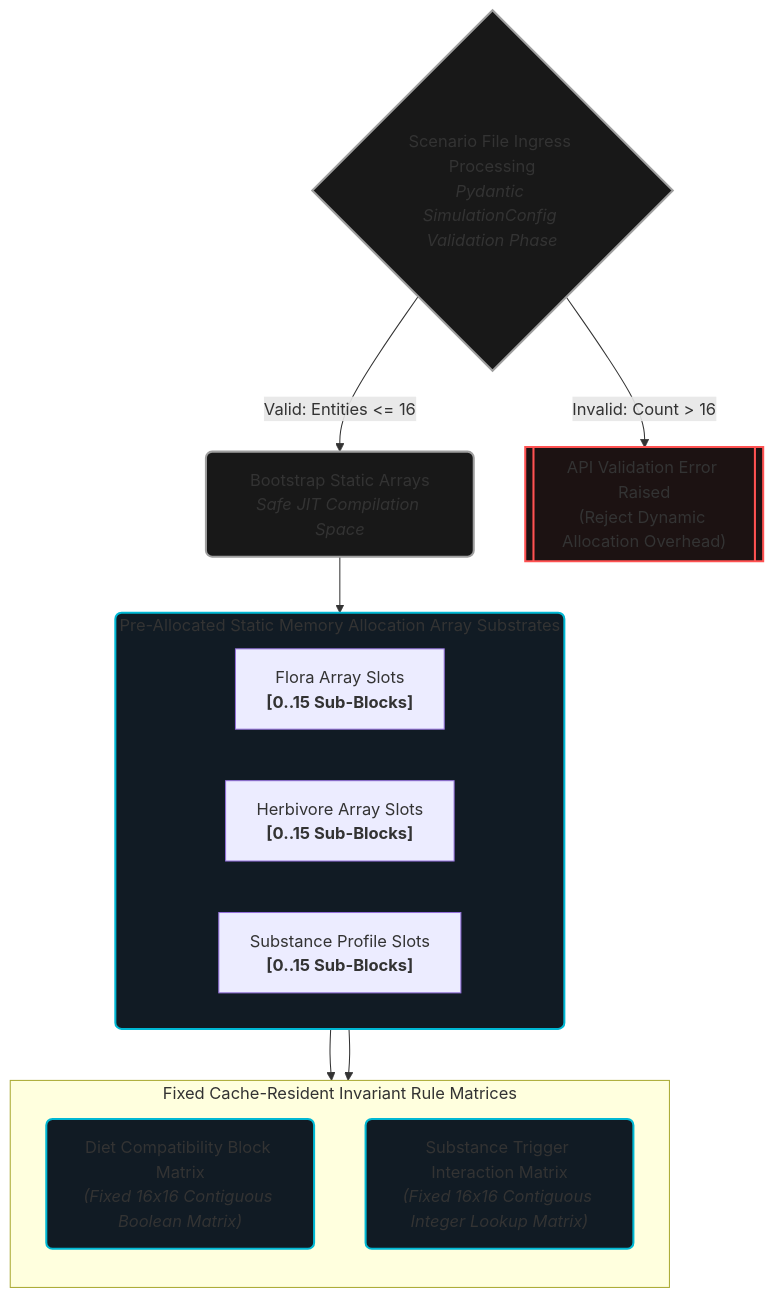
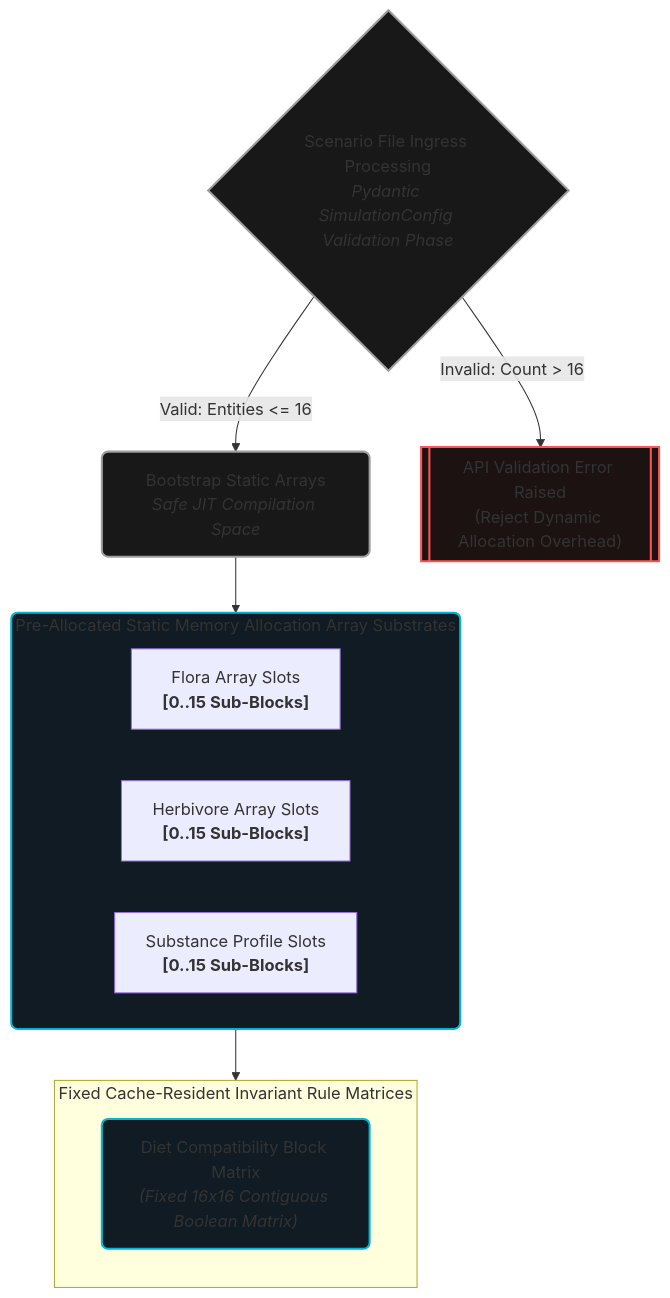
The first of 2 diagrams in docs/scenario_guide/scenario_authoring.md (foersben/PHIDS), drawn with Mermaid before and after one commit. The commit also changed other lines of this file and 1 other file, not shown here.

Commit message:
Update scenario authoring guide to reflect per-species trigger condition schemas

````diff
--- a/docs/scenario_guide/scenario_authoring.md
+++ b/docs/scenario_guide/scenario_authoring.md
@@ -27,35 +27,34 @@
 ```mermaid
 flowchart TD
     %% Title Matrix Header
     subgraph Configuration_Limit ["Pre-Allocated Static Memory Allocation Array Substrates"]
         direction LR
         F_Array["Flora Array Slots<br><b>[0..15 Sub-Blocks]</b>"]
         H_Array["Herbivore Array Slots<br><b>[0..15 Sub-Blocks]</b>"]
         S_Array["Substance Profile Slots<br><b>[0..15 Sub-Blocks]</b>"]
     end
 
     %% Core Matrices Mapping
     subgraph PreAllocated_Matrices ["Fixed Cache-Resident Invariant Rule Matrices"]
         direction TB
         Diet_Matrix["Diet Compatibility Block Matrix<br><i>(Fixed 16x16 Contiguous Boolean Matrix)</i>"]
-        Trigger_Matrix["Substance Trigger Interaction Matrix<br><i>(Fixed 16x16 Contiguous Integer Lookup Matrix)</i>"]
     end
 
     %% Structural Boundaries Check
     Ingress_Payload{"Scenario File Ingress Processing<br><i>Pydantic SimulationConfig Validation Phase</i>"}
     Ingress_Payload -->|Valid: Entities <= 16| Boot["Bootstrap Static Arrays<br><i>Safe JIT Compilation Space</i>"]
     Ingress_Payload -->|Invalid: Count > 16| Rejection[["API Validation Error Raised<br>(Reject Dynamic Allocation Overhead)"]]
 
     %% Connections
     Boot --> Configuration_Limit
-    Configuration_Limit --> Diet_Matrix & Trigger_Matrix
+    Configuration_Limit --> Diet_Matrix
 
     %% Class Allocations
     classDef dataLayer fill:#111b24,stroke:#00b8d4,stroke-width:2px,rx:6px,ry:6px;
     classDef boundary fill:#1c1212,stroke:#ff5252,stroke-width:2px,rx:6px,ry:6px;
     classDef peripheral fill:#181818,stroke:#9e9e9e,stroke-width:2px,rx:6px,ry:6px;
 
-    class Configuration_Limit,Diet_Matrix,Trigger_Matrix dataLayer
+    class Configuration_Limit,Diet_Matrix dataLayer
     class Rejection boundary
     class Ingress_Payload,Boot peripheral
 ```
````
